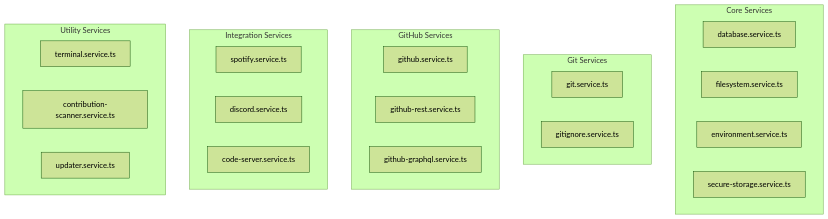
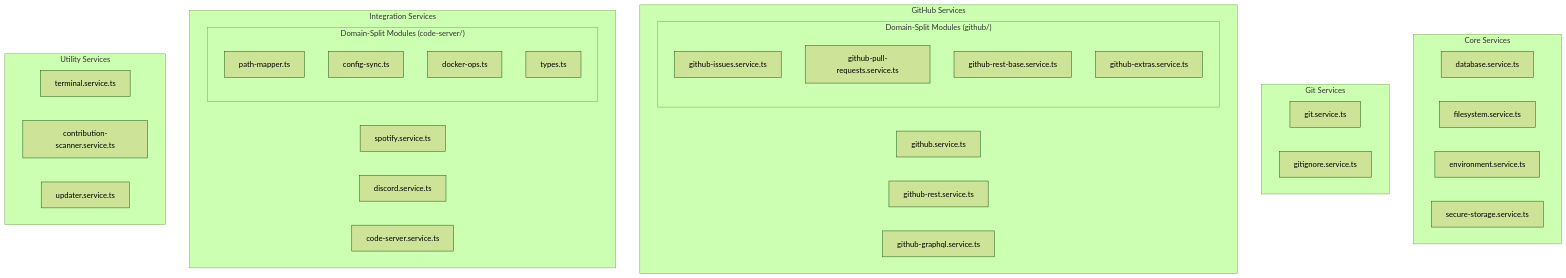
The sixth of 16 diagrams in docs/architecture/mvc-flow.md (strawhatluka/cola-records), drawn with Mermaid (forest theme) before and after one commit. The commit also changed other lines of this file and 5 other files, not shown here.

````diff
--- a/docs/architecture/mvc-flow.md
+++ b/docs/architecture/mvc-flow.md
@@ -176,32 +178,44 @@
 ```mermaid
 graph TD
     subgraph Core["Core Services"]
         Database[database.service.ts]
         FileSystem[filesystem.service.ts]
         Environment[environment.service.ts]
         SecureStorage[secure-storage.service.ts]
     end
 
     subgraph Git["Git Services"]
         GitService[git.service.ts]
         GitIgnore[gitignore.service.ts]
     end
 
     subgraph GitHub["GitHub Services"]
         GitHubMain[github.service.ts]
         GitHubREST[github-rest.service.ts]
         GitHubGraphQL[github-graphql.service.ts]
+        subgraph GitHubSplit["Domain-Split Modules (github/)"]
+            GitHubIssues[github-issues.service.ts]
+            GitHubPRs[github-pull-requests.service.ts]
+            GitHubBase[github-rest-base.service.ts]
+            GitHubExtras[github-extras.service.ts]
+        end
     end
 
     subgraph Integrations["Integration Services"]
         Spotify[spotify.service.ts]
         Discord[discord.service.ts]
         CodeServer[code-server.service.ts]
+        subgraph CodeServerSplit["Domain-Split Modules (code-server/)"]
+            PathMapper[path-mapper.ts]
+            ConfigSync[config-sync.ts]
+            DockerOps[docker-ops.ts]
+            CSTypes[types.ts]
+        end
     end
 
     subgraph Utilities["Utility Services"]
         Terminal[terminal.service.ts]
         Scanner[contribution-scanner.service.ts]
         Updater[updater.service.ts]
     end
 ```
````
